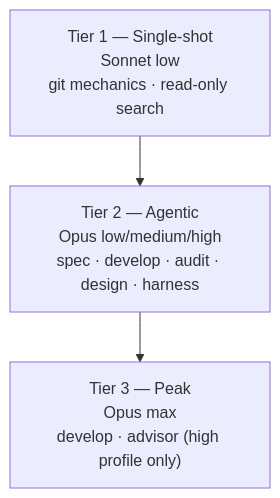
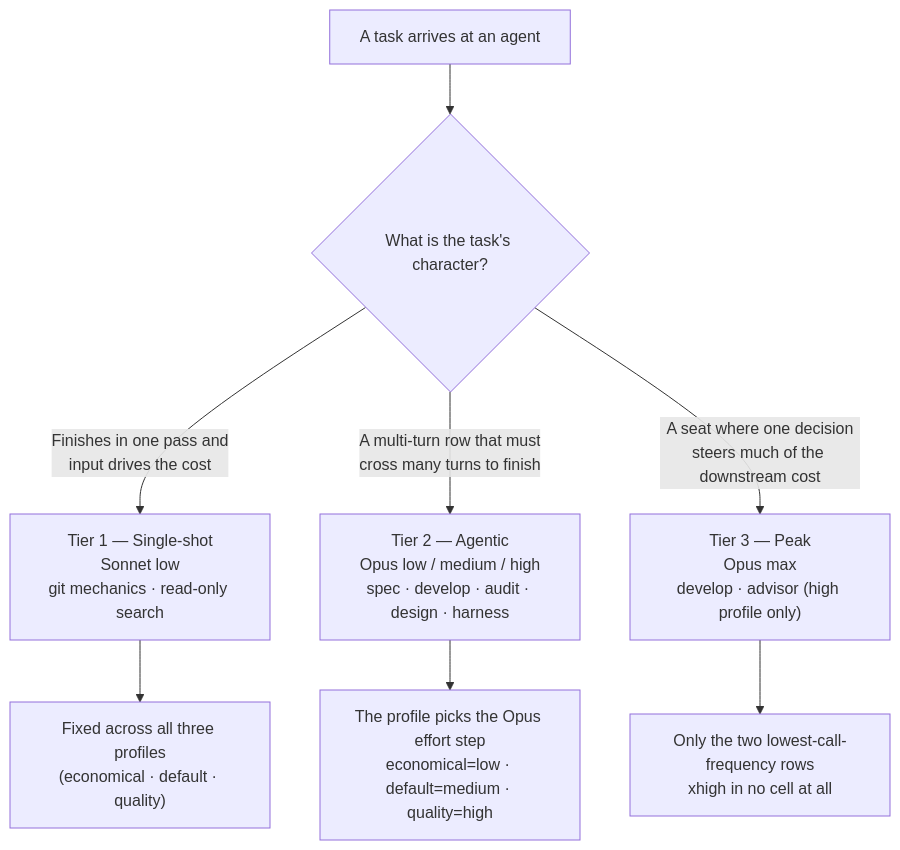
Before and after one commit to modu-ai/moai-adk: the second of 2 diagrams in docs-site/content/en/advanced/no-haiku-3tier.md, drawn with Mermaid. The commit also changed other lines of this file and 25 other files, not shown here.

````diff
--- a/docs-site/content/en/advanced/no-haiku-3tier.md
+++ b/docs-site/content/en/advanced/no-haiku-3tier.md
@@ -40,8 +73,15 @@
 ```mermaid
 flowchart TD
+    START["A task arrives at an agent"] --> Q{"What is the task's character?"}
+    Q -- "Finishes in one pass and\ninput drives the cost" --> T1
+    Q -- "A multi-turn row that must\ncross many turns to finish" --> T2
+    Q -- "A seat where one decision\nsteers much of the downstream cost" --> T3
+
     T1["Tier 1 — Single-shot<br/>Sonnet low<br/>git mechanics · read-only search"]
-    T2["Tier 2 — Agentic<br/>Opus low/medium/high<br/>spec · develop · audit · design · harness"]
+    T2["Tier 2 — Agentic<br/>Opus low / medium / high<br/>spec · develop · audit · design · harness"]
     T3["Tier 3 — Peak<br/>Opus max<br/>develop · advisor (high profile only)"]
 
-    T1 --> T2 --> T3
+    T1 --> NOTE["Fixed across all three profiles<br/>(economical · default · quality)"]
+    T2 --> NOTE2["The profile picks the Opus effort step<br/>economical=low · default=medium · quality=high"]
+    T3 --> NOTE3["Only the two lowest-call-frequency rows<br/>xhigh in no cell at all"]
 ```
````
